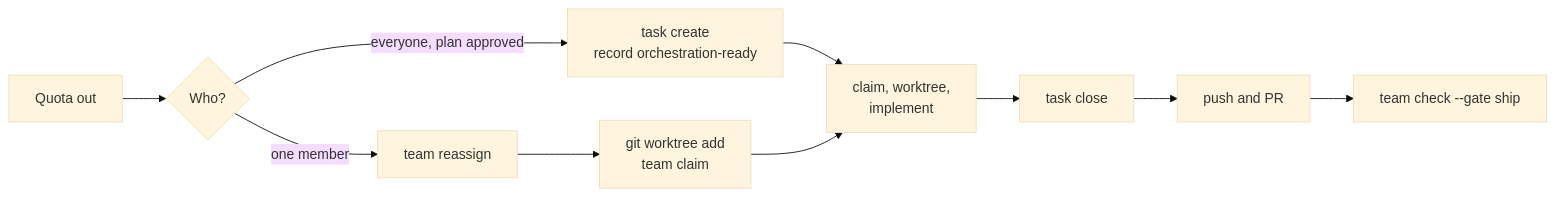
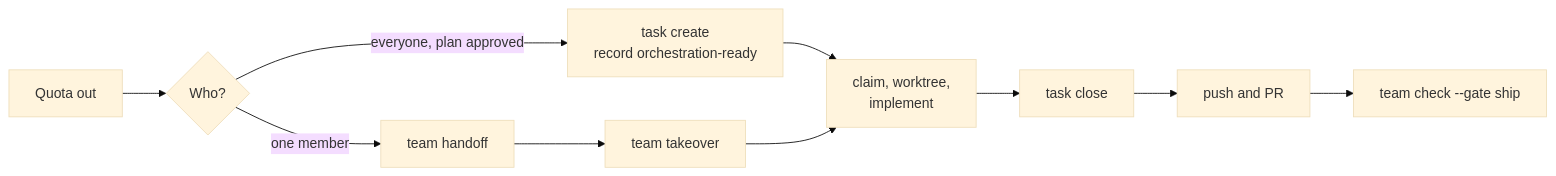
One commit to giangdhwhtbr/gin-workflow changed the second of 2 diagrams in docs/guides/ai-strategy.md. Above: the diagram before and after it, drawn with Mermaid (base theme). The commit also changed other lines of this file and 4 other files, not shown here.

Commit message:
docs(team): gin team handoff and takeover replace the manual handoff chain (gin-workflow-ht4l)

````diff
--- a/docs/guides/ai-strategy.md
+++ b/docs/guides/ai-strategy.md
@@ -63,12 +63,12 @@
 ```mermaid
 flowchart LR
   A["Quota out"] --> B{"Who?"}
-  B -->|"one member"| C["team reassign"]
-  C --> D["git worktree add<br/>team claim"]
+  B -->|"one member"| C["team handoff"]
+  C --> D["team takeover"]
   B -->|"everyone, plan approved"| E["task create<br/>record orchestration-ready"]
   E --> F["claim, worktree,<br/>implement"]
   D --> F
   F --> G["task close"]
   G --> H["push and PR"]
   H --> I["team check --gate ship"]
 ```
````
